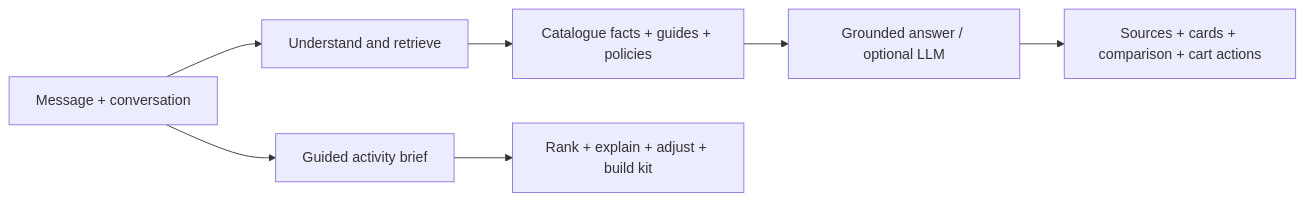
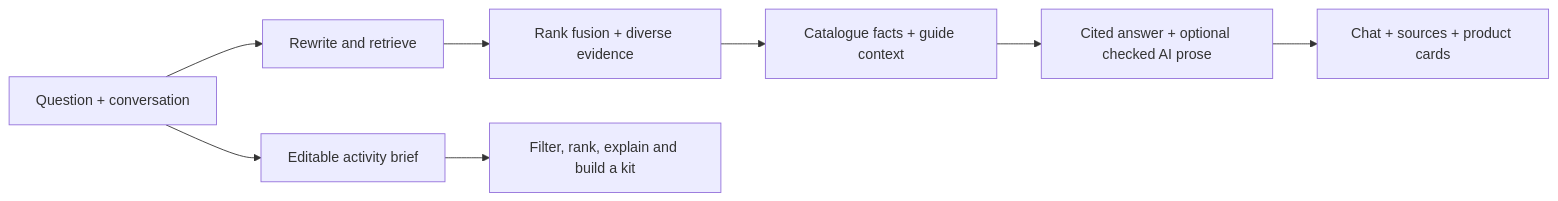
Before and after one commit to shashwatbuild/decath-clone-rag: the diagram in README.md, drawn with Mermaid. The commit also changed other lines of this file and 5 other files, not shown here.

````diff
--- a/README.md
+++ b/README.md
@@ -118,9 +84,10 @@
 ```mermaid
 flowchart LR
-    Q[Message + conversation] --> R[Understand and retrieve]
-    R --> P[Catalogue facts + guides + policies]
-    P --> A[Grounded answer / optional LLM]
-    A --> U[Sources + cards + comparison + cart actions]
-    Q --> B[Guided activity brief]
-    B --> K[Rank + explain + adjust + build kit]
+    Q[Question + conversation] --> R[Rewrite and retrieve]
+    R --> F[Rank fusion + diverse evidence]
+    F --> C[Catalogue facts + guide context]
+    C --> A[Cited answer + optional checked AI prose]
+    A --> UI[Chat + sources + product cards]
+    Q --> B[Editable activity brief]
+    B --> K[Filter, rank, explain and build a kit]
 ```
````
